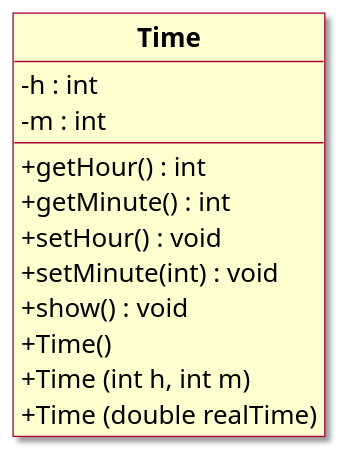
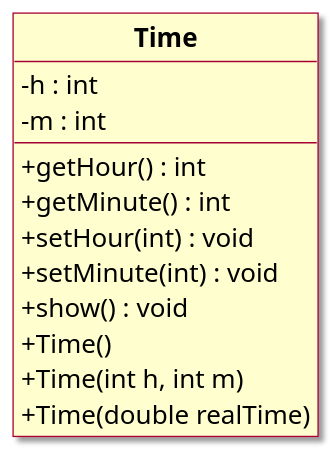
Before and after one commit to HE-Arc/1242.2-Langage_CPP: the first of 3 diagrams in content/docs/cours/02_Des_classes_et_des_objets.md, drawn with PlantUML. The commit also changed other lines of this file and 1 other file, not shown here.

```diff
--- a/content/docs/cours/02_Des_classes_et_des_objets.md
+++ b/content/docs/cours/02_Des_classes_et_des_objets.md
@@ -483,24 +480,24 @@
-{{< plantuml id="chap2_exo1_2">}}
+{{<plantuml id="chap2_exo1_2">}}
 @startuml
 
 skin rose
 skinparam defaultFontSize 20
 skinparam classFontStyle bold
 skinparam classAttributeIconSize 0
 hide circle
 
 class Time
   {
     - h : int
     - m : int
     + getHour() : int
     + getMinute() : int
-    + setHour() : void
+    + setHour(int) : void
     + setMinute(int) : void
     + show() : void
     + Time()
-    + Time (int h, int m)
-    + Time (double realTime)
+    + Time(int h, int m)
+    + Time(double realTime)
   }
 @enduml
-{{< /plantuml >}}
+{{</plantuml>}}
```
